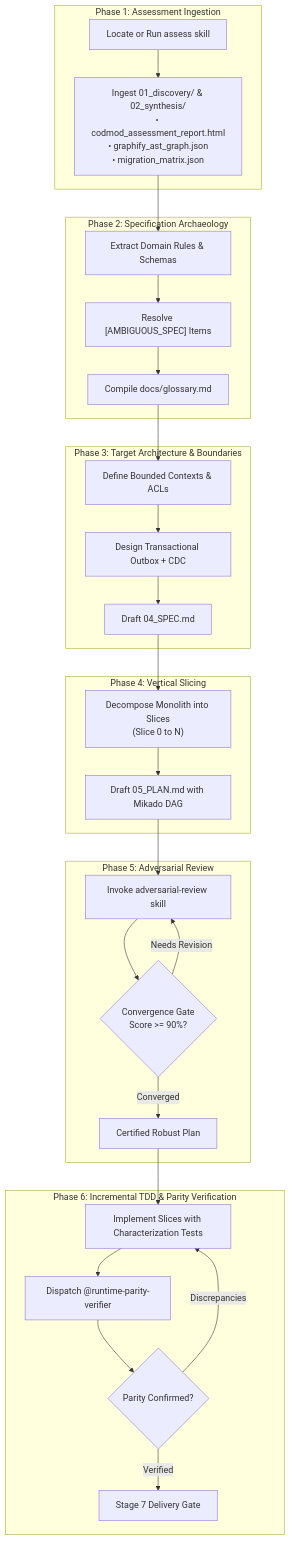
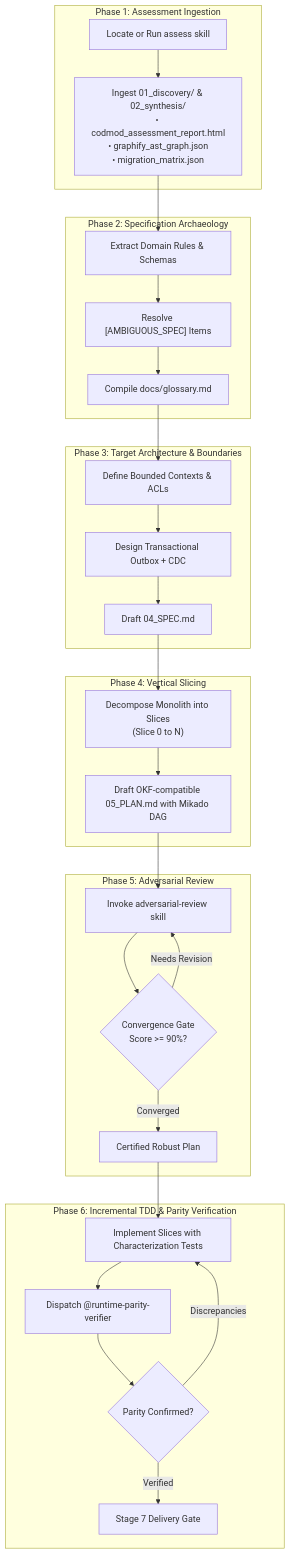
The diagram in skills/rewrite/SKILL.md (sapientcoffee/bean-grinder), drawn with Mermaid before and after one commit. The commit also changed other lines of this file and 34 other files, not shown here.

````diff
--- a/skills/rewrite/SKILL.md
+++ b/skills/rewrite/SKILL.md
@@ -10,38 +10,38 @@
 ```mermaid
 flowchart TD
     subgraph P1["Phase 1: Assessment Ingestion"]
         A1["Locate or Run assess skill"] --> A2["Ingest 01_discovery/ & 02_synthesis/<br/>• codmod_assessment_report.html<br/>• graphify_ast_graph.json<br/>• migration_matrix.json"]
     end
 
     subgraph P2["Phase 2: Specification Archaeology"]
         A2 --> B1["Extract Domain Rules & Schemas"]
         B1 --> B2["Resolve [AMBIGUOUS_SPEC] Items"]
         B2 --> B3["Compile docs/glossary.md"]
     end
 
     subgraph P3["Phase 3: Target Architecture & Boundaries"]
         B3 --> C1["Define Bounded Contexts & ACLs"]
         C1 --> C2["Design Transactional Outbox + CDC"]
         C2 --> C3["Draft 04_SPEC.md"]
     end
 
     subgraph P4["Phase 4: Vertical Slicing"]
         C3 --> D1["Decompose Monolith into Slices<br/>(Slice 0 to N)"]
-        D1 --> D2["Draft 05_PLAN.md with Mikado DAG"]
+        D1 --> D2["Draft OKF-compatible 05_PLAN.md with Mikado DAG"]
     end
 
     subgraph P5["Phase 5: Adversarial Review"]
         D2 --> E1["Invoke adversarial-review skill"]
         E1 --> E2{"Convergence Gate<br/>Score >= 90%?"}
         E2 -->|Needs Revision| E1
         E2 -->|Converged| F1["Certified Robust Plan"]
     end
 
     subgraph P6["Phase 6: Incremental TDD & Parity Verification"]
         F1 --> G1["Implement Slices with Characterization Tests"]
         G1 --> G2["Dispatch @runtime-parity-verifier"]
         G2 --> G3{"Parity Confirmed?"}
         G3 -->|Discrepancies| G1
         G3 -->|Verified| H1["Stage 7 Delivery Gate"]
     end
 ```
````
